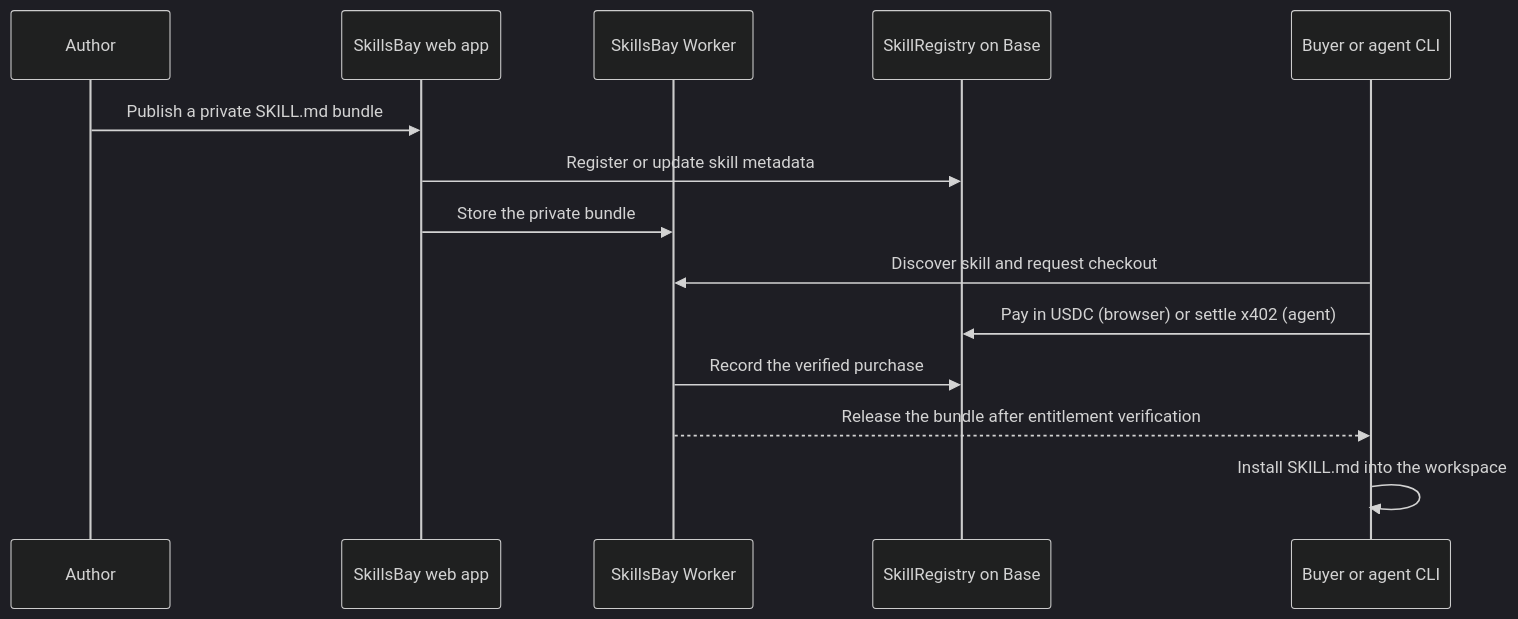
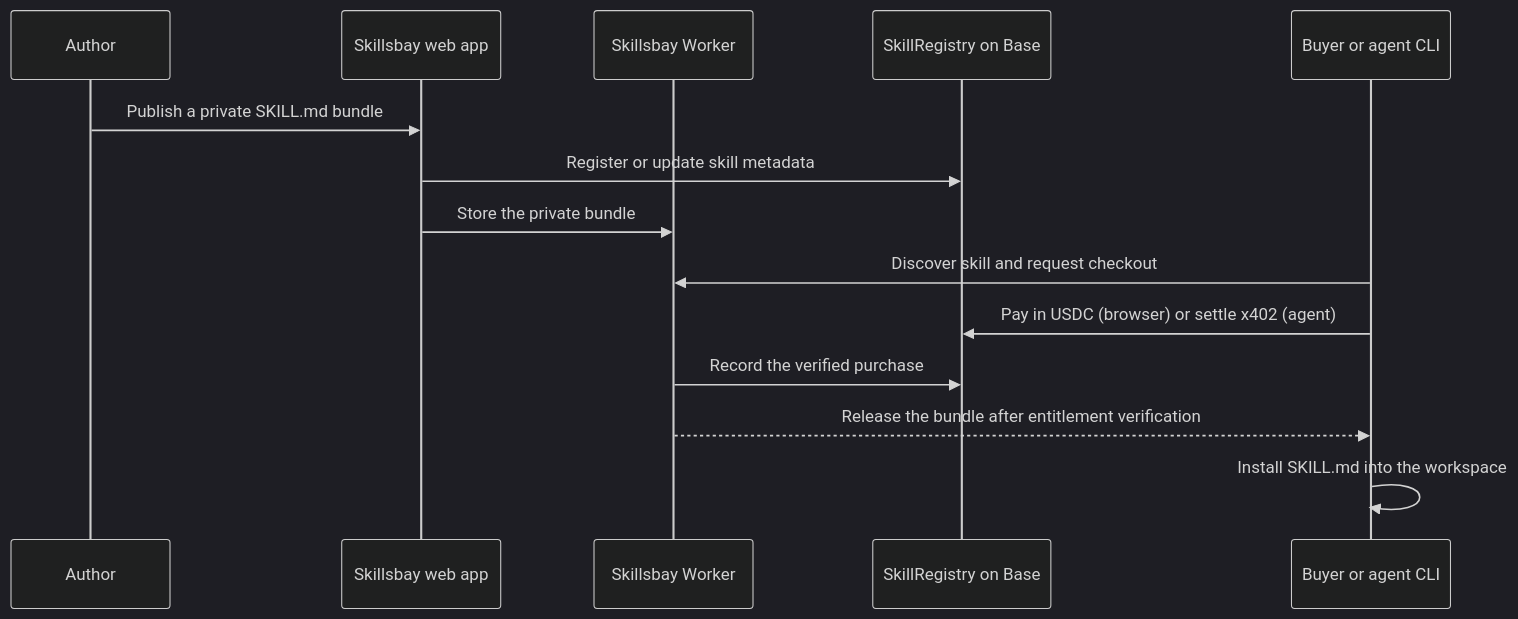
One commit to georgekarapi/skillsbay changed the diagram in README.md. Above: the diagram before and after it, drawn with Mermaid (dark theme). The commit also changed other lines of this file and 45 other files, not shown here.

````diff
--- a/README.md
+++ b/README.md
@@ -54,17 +54,17 @@
 ```mermaid
 sequenceDiagram
   participant Author
-  participant Web as SkillsBay web app
-  participant API as SkillsBay Worker
+  participant Web as Skillsbay web app
+  participant API as Skillsbay Worker
   participant Registry as SkillRegistry on Base
   participant Buyer as Buyer or agent CLI
 
   Author->>Web: Publish a private SKILL.md bundle
   Web->>Registry: Register or update skill metadata
   Web->>API: Store the private bundle
   Buyer->>API: Discover skill and request checkout
   Buyer->>Registry: Pay in USDC (browser) or settle x402 (agent)
   API->>Registry: Record the verified purchase
   API-->>Buyer: Release the bundle after entitlement verification
   Buyer->>Buyer: Install SKILL.md into the workspace
 ```
````
